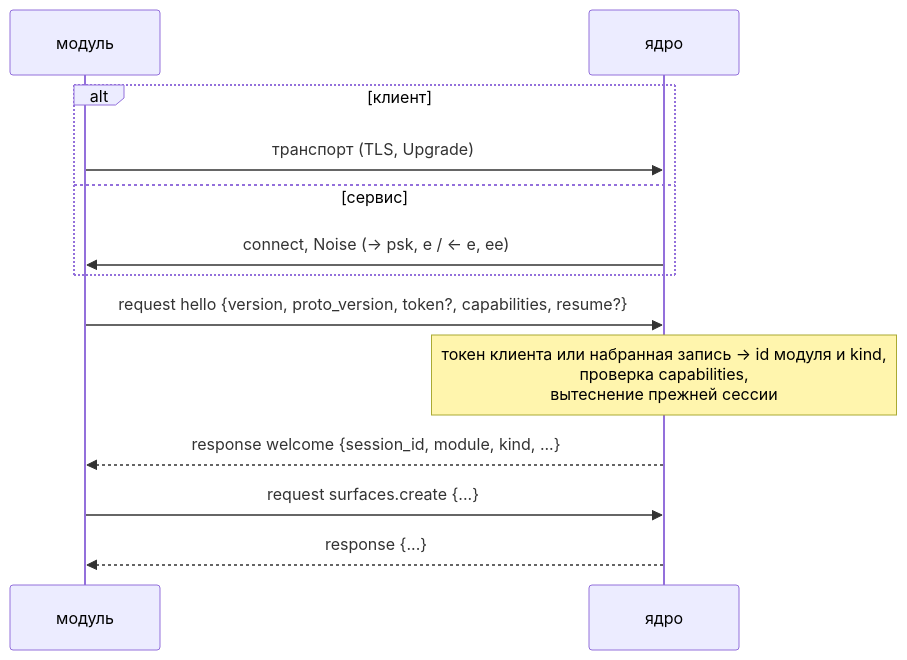
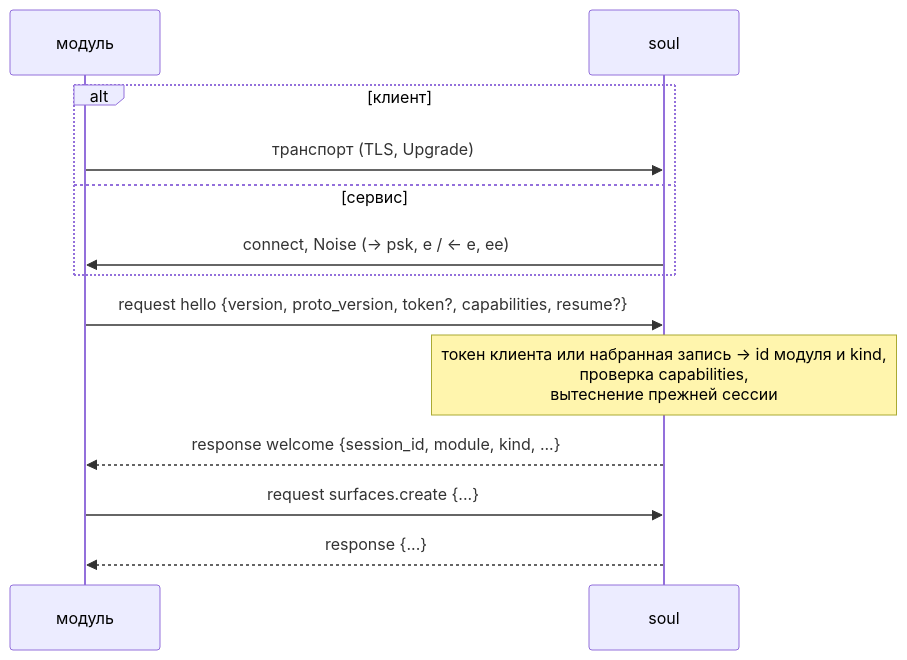
Before and after one commit to eva-rs/kernel: the first of 2 diagrams in docs/src/protocol.md, drawn with Mermaid. The commit also changed other lines of this file and 568 other files, not shown here.

````diff
--- a/docs/src/protocol.md
+++ b/docs/src/protocol.md
@@ -108,15 +108,15 @@
 ```mermaid
 sequenceDiagram
   participant M as модуль
-  participant K as ядро
+  participant K as soul
   alt клиент
     M->>K: транспорт (TLS, Upgrade)
   else сервис
     K->>M: connect, Noise (→ psk, e / ← e, ee)
   end
   M->>K: request hello {version, proto_version, token?, capabilities, resume?}
   Note over K: токен клиента или набранная запись → id модуля и kind,<br/>проверка capabilities,<br/>вытеснение прежней сессии
   K-->>M: response welcome {session_id, module, kind, ...}
   M->>K: request surfaces.create {...}
   K-->>M: response {...}
 ```
````
